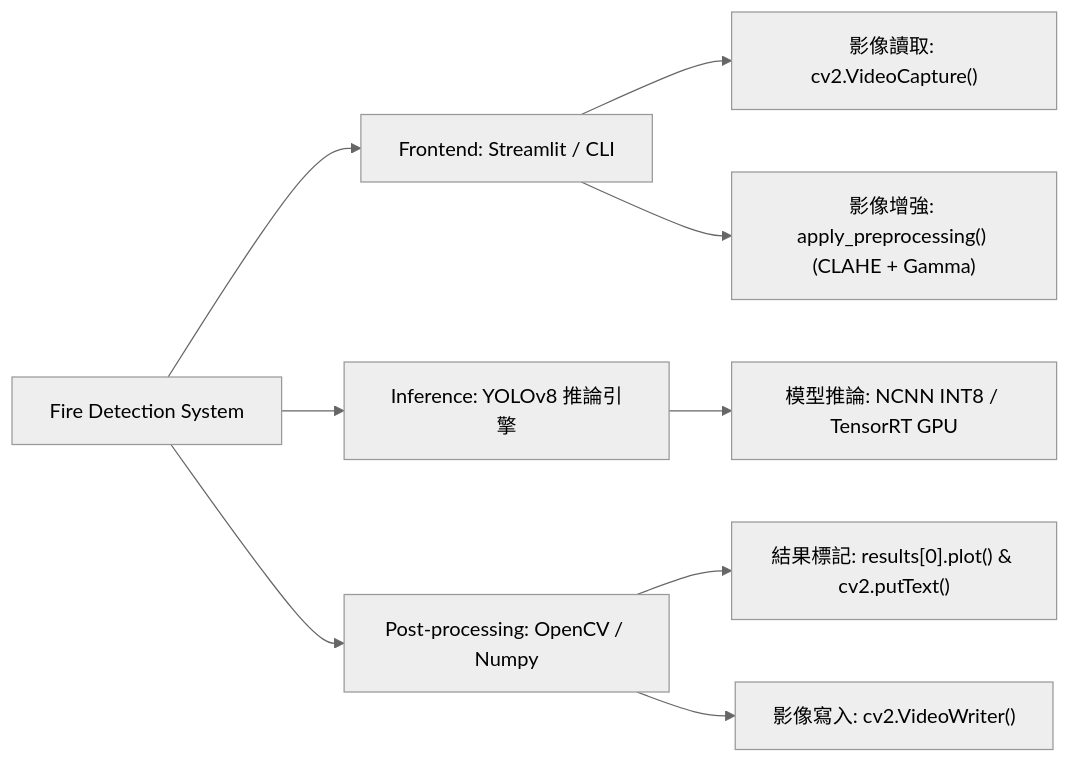
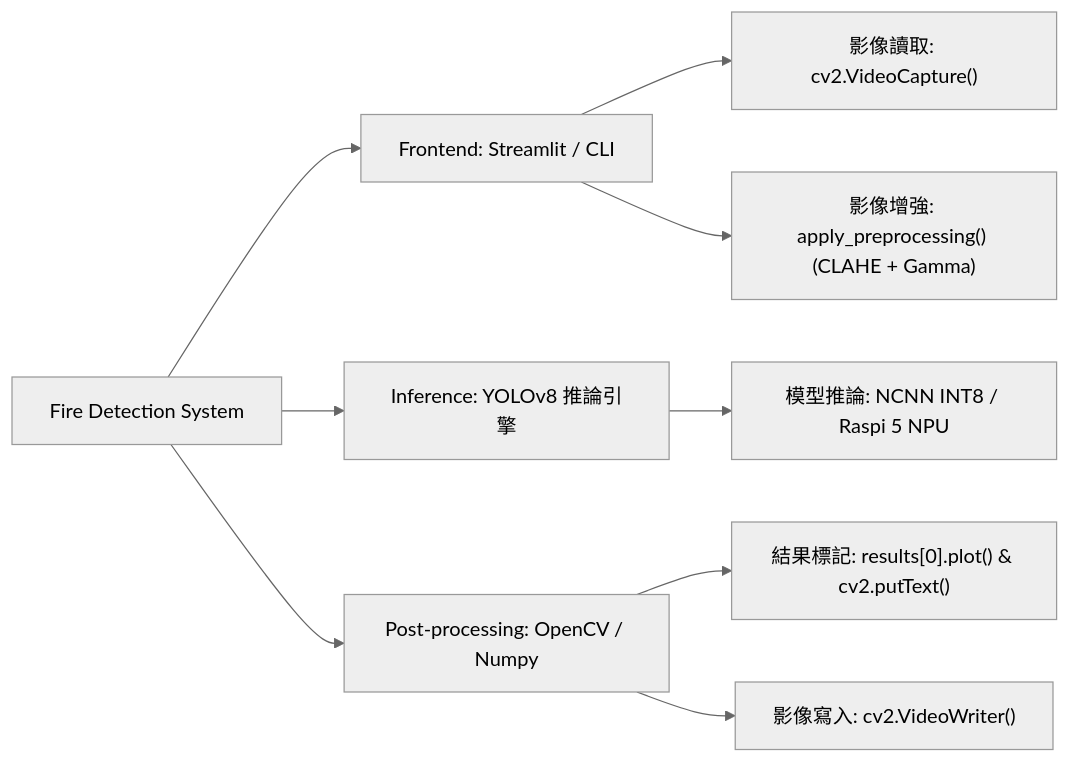
One commit to hank921109/114-2-Fire_Smoke_Detection changed the first of 3 diagrams in README.md. Above: the diagram before and after it, drawn with Mermaid (neutral theme). The commit also changed other lines of this file and 1 other file, not shown here.

````diff
--- a/README.md
+++ b/README.md
@@ -59,15 +59,15 @@
 ```mermaid
 graph LR
     System[Fire Detection System]
 
     System --> UI[Frontend: Streamlit / CLI]
     UI --> Reader["影像讀取: cv2.VideoCapture()"]
     UI --> Enhancement["影像增強: apply_preprocessing() (CLAHE + Gamma)"]
 
     System --> Core[Inference: YOLOv8 推論引擎]
-    Core --> Predict["模型推論: NCNN INT8 / TensorRT GPU"]
+    Core --> Predict["模型推論: NCNN INT8 / Raspi 5 NPU"]
 
     System --> Post[Post-processing: OpenCV / Numpy]
     Post --> Overlay["結果標記: results[0].plot() & cv2.putText()"]
     Post --> Writer["影像寫入: cv2.VideoWriter()"]
 ```
````
